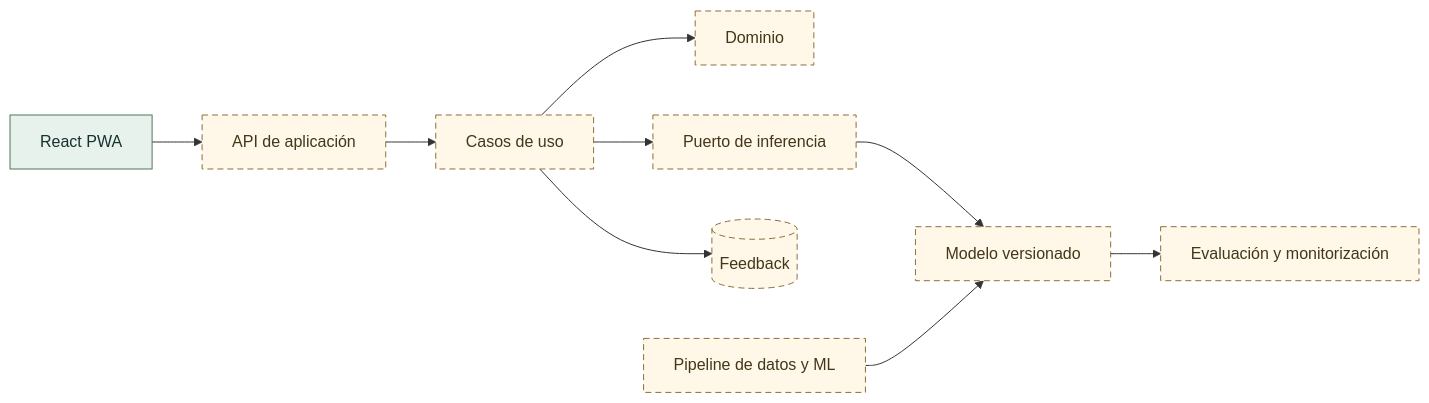
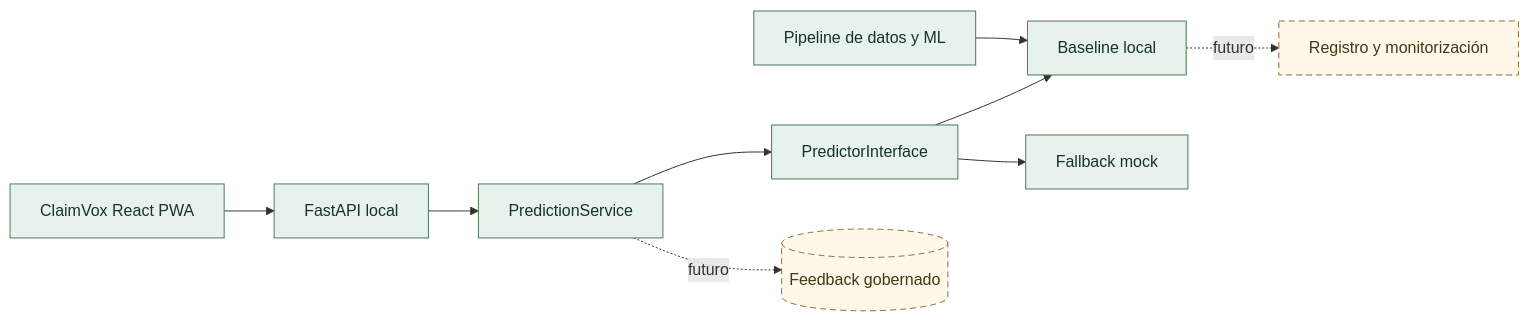
Before and after one commit to Bootcamp-IA-MAD-P7/Proyecto6-Grupo1: the second of 2 diagrams in README.md, drawn with Mermaid. The commit also changed other lines of this file and 41 other files, not shown here.

Commit message:
feat: harden ClaimVox MVP readiness

````diff
--- a/README.md
+++ b/README.md
@@ -158,16 +170,16 @@
 ```mermaid
 flowchart LR
-    UI[React PWA] --> API[API de aplicación]
-    API --> UC[Casos de uso]
-    UC --> DOM[Dominio]
-    UC --> INF[Puerto de inferencia]
-    INF --> MODEL[Modelo versionado]
-    UC --> DB[(Feedback)]
+    UI[ClaimVox React PWA] --> API[FastAPI local]
+    API --> UC[PredictionService]
+    UC --> INF[PredictorInterface]
+    INF --> MODEL[Baseline local]
+    INF --> MOCK[Fallback mock]
     PIPE[Pipeline de datos y ML] --> MODEL
-    MODEL --> MON[Evaluación y monitorización]
+    UC -. futuro .-> DB[(Feedback gobernado)]
+    MODEL -. futuro .-> MON[Registro y monitorización]
 
     classDef prototype fill:#e7f2ed,stroke:#52755b,color:#17322e
     classDef planned fill:#fff7e7,stroke:#8b6f3d,stroke-dasharray:6 4,color:#423719
-    class UI prototype
-    class API,UC,DOM,INF,MODEL,DB,PIPE,MON planned
+    class UI,API,UC,INF,MODEL,MOCK,PIPE prototype
+    class DB,MON planned
 ```
````
